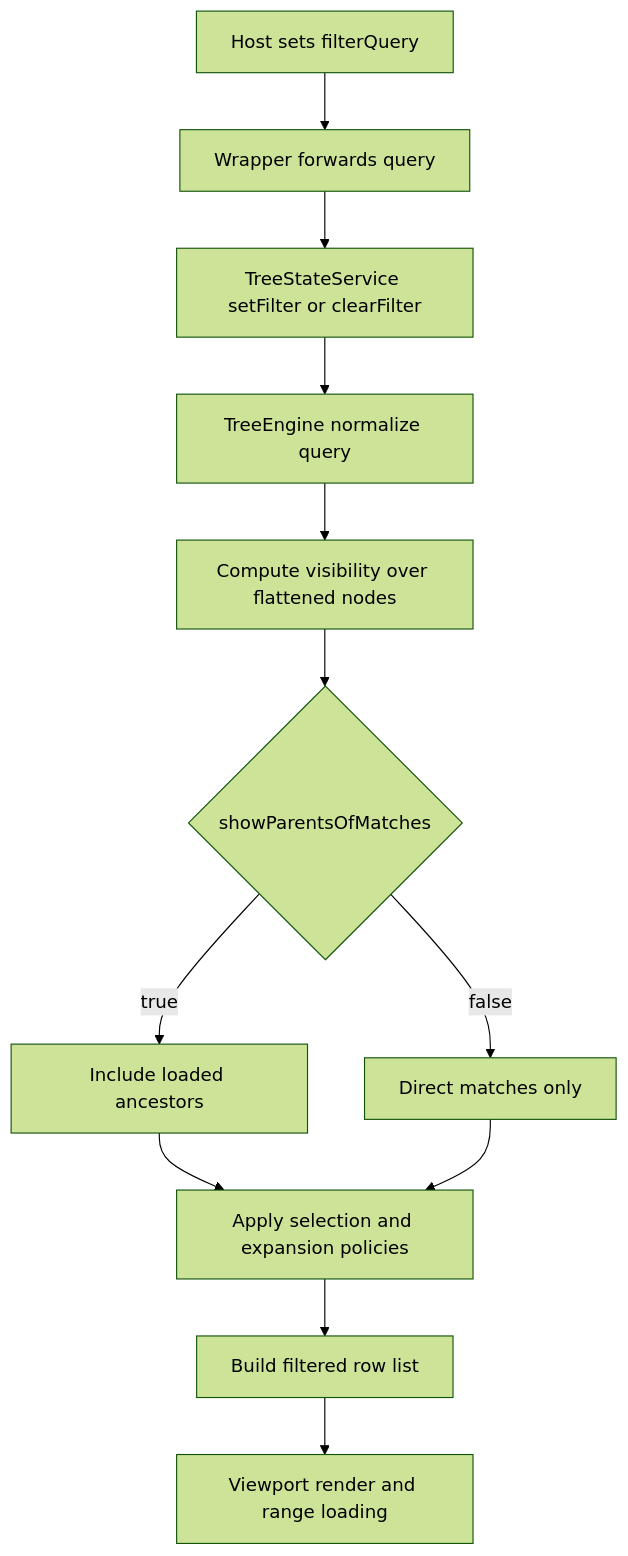
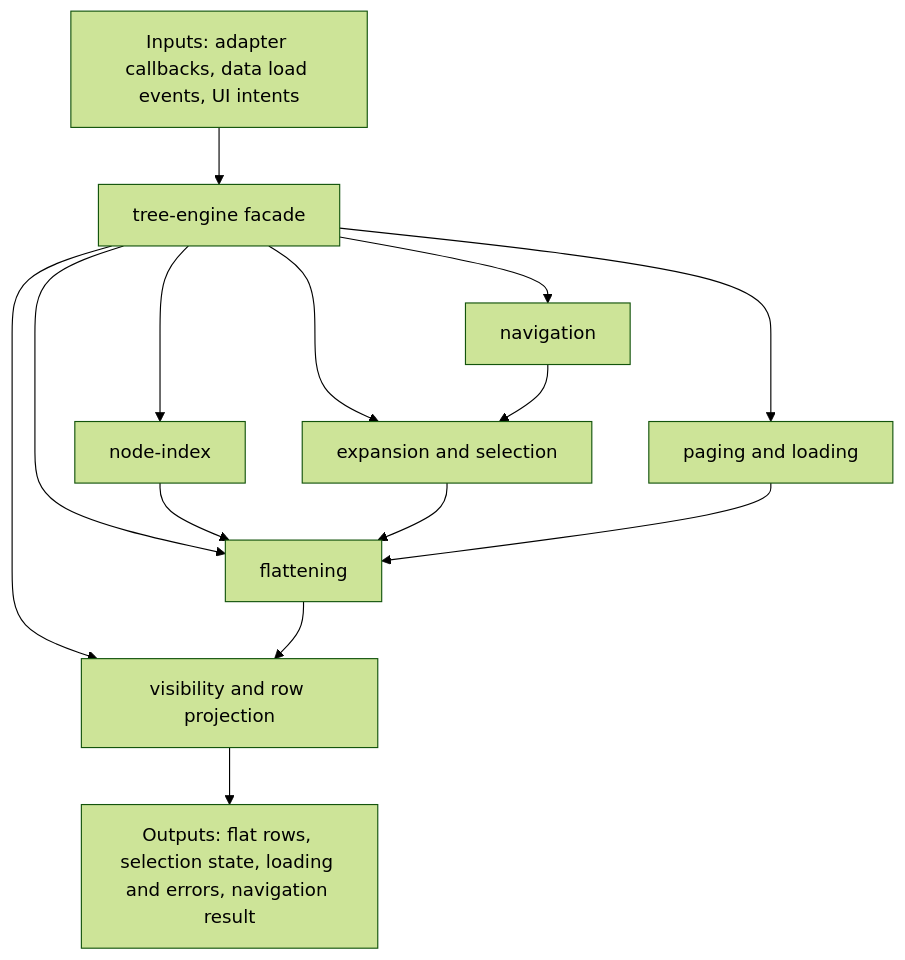
Before and after one commit to Robertcl795/tree-explorer: the second of 4 diagrams in docs/architecture.md, drawn with Mermaid (forest theme). The commit also changed other lines of this file and 33 other files, not shown here.

````diff
--- a/docs/architecture.md
+++ b/docs/architecture.md
@@ -114,14 +84,16 @@
 ```mermaid
 flowchart TD
-  A[Host sets filterQuery] --> B[Wrapper forwards query]
-  B --> C[TreeStateService setFilter or clearFilter]
-  C --> D[TreeEngine normalize query]
-  D --> E[Compute visibility over flattened nodes]
-  E --> F{showParentsOfMatches}
-  F -- true --> G[Include loaded ancestors]
-  F -- false --> H[Direct matches only]
-  G --> I[Apply selection and expansion policies]
-  H --> I
-  I --> J[Build filtered row list]
-  J --> K[Viewport render and range loading]
+  A[Inputs: adapter callbacks, data load events, UI intents] --> B[tree-engine facade]
+  B --> C[node-index]
+  B --> D[expansion and selection]
+  B --> E[paging and loading]
+  B --> F[flattening]
+  B --> G[visibility and row projection]
+  B --> H[navigation]
+  C --> F
+  D --> F
+  E --> F
+  F --> G
+  H --> D
+  G --> I[Outputs: flat rows, selection state, loading and errors, navigation result]
 ```
````
